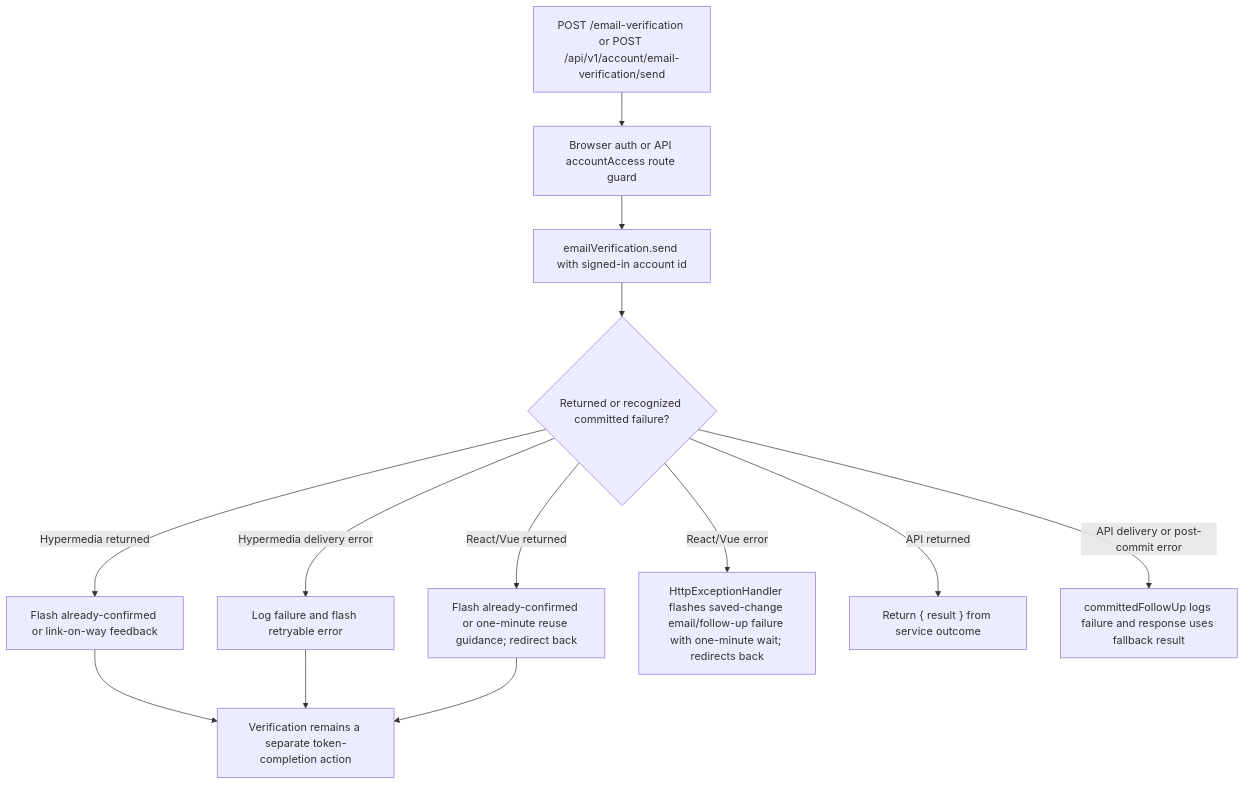
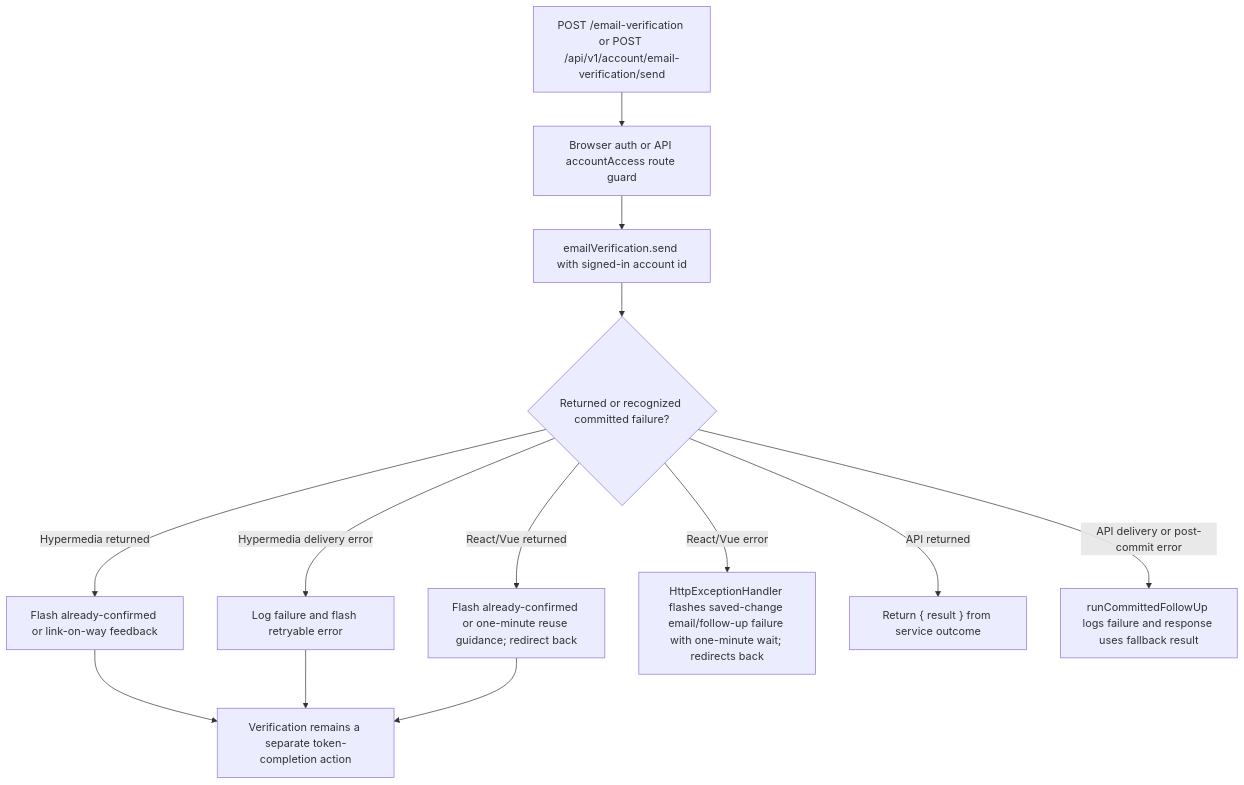
Before and after one commit to Kevinjohn/oss-adonisjs-starter-examples: the second of 2 diagrams in user-stories/accounts/us-account-10-send-email-verification.md, drawn with Mermaid. The commit also changed other lines of this file and 27 other files, not shown here.

````diff
--- a/user-stories/accounts/us-account-10-send-email-verification.md
+++ b/user-stories/accounts/us-account-10-send-email-verification.md
@@ -40,15 +40,15 @@
 ```mermaid
 flowchart TD
     A["POST /email-verification or POST /api/v1/account/email-verification/send"] --> B["Browser auth or API accountAccess route guard"]
     B --> C["emailVerification.send with signed-in account id"]
     C --> D{"Returned or recognized committed failure?"}
     D -->|Hypermedia returned| E["Flash already-confirmed or link-on-way feedback"]
     D -->|Hypermedia delivery error| F["Log failure and flash retryable error"]
     D -->|React/Vue returned| G["Flash already-confirmed or one-minute reuse guidance; redirect back"]
     D -->|React/Vue error| H["HttpExceptionHandler flashes saved-change email/follow-up failure with one-minute wait; redirects back"]
     D -->|API returned| K["Return { result } from service outcome"]
-    D -->|API delivery or post-commit error| I["committedFollowUp logs failure and response uses fallback result"]
+    D -->|API delivery or post-commit error| I["runCommittedFollowUp logs failure and response uses fallback result"]
     E --> J["Verification remains a separate token-completion action"]
     F --> J
     G --> J
 ```
````
